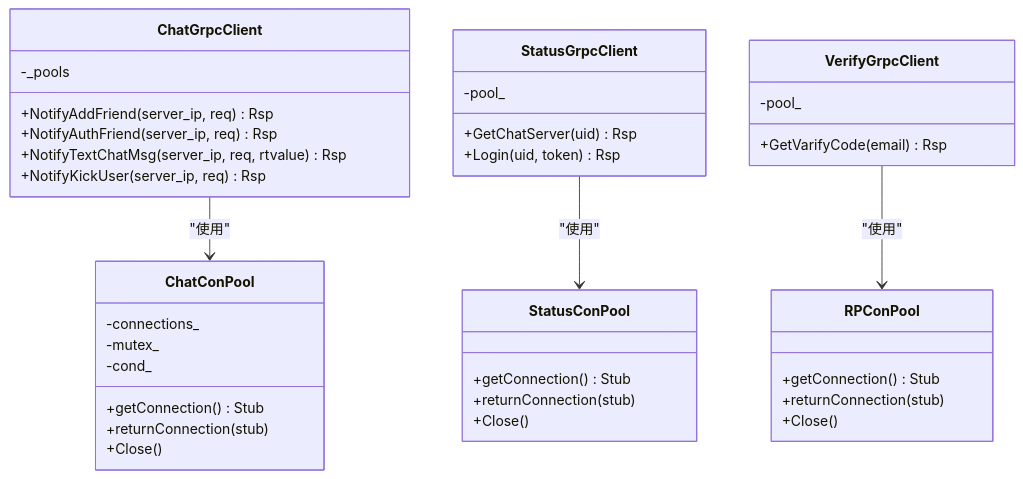
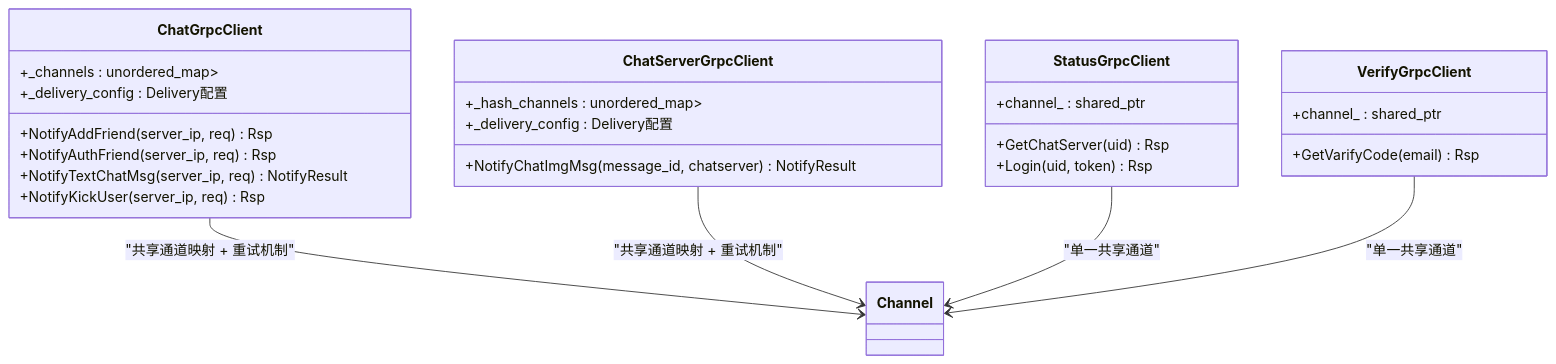
Before and after one commit to echo9923/mychatter: the sixth of 8 diagrams in .qoder/repowiki/zh/content/架构设计/微服务架构设计/服务间通信机制.md, drawn with Mermaid. The commit also changed other lines of this file and 54 other files, not shown here.

````diff
--- a/.qoder/repowiki/zh/content/架构设计/微服务架构设计/服务间通信机制.md
+++ b/.qoder/repowiki/zh/content/架构设计/微服务架构设计/服务间通信机制.md
@@ -293,40 +329,29 @@
 ```mermaid
 classDiagram
-class ChatConPool {
-+getConnection() Stub
-+returnConnection(stub)
-+Close()
--connections_
--mutex_
--cond_
-}
 class ChatGrpcClient {
++_channels : unordered_map<string, shared_ptr<Channel>>
 +NotifyAddFriend(server_ip, req) Rsp
 +NotifyAuthFriend(server_ip, req) Rsp
-+NotifyTextChatMsg(server_ip, req, rtvalue) Rsp
++NotifyTextChatMsg(server_ip, req) NotifyResult
 +NotifyKickUser(server_ip, req) Rsp
--_pools
++_delivery_config : Delivery配置
 }
-class StatusConPool {
-+getConnection() Stub
-+returnConnection(stub)
-+Close()
+class ChatServerGrpcClient {
++_hash_channels : unordered_map<string, shared_ptr<Channel>>
++NotifyChatImgMsg(message_id, chatserver) NotifyResult
++_delivery_config : Delivery配置
 }
 class StatusGrpcClient {
++channel_ : shared_ptr<Channel>
 +GetChatServer(uid) Rsp
 +Login(uid, token) Rsp
--pool_
-}
-class RPConPool {
-+getConnection() Stub
-+returnConnection(stub)
-+Close()
 }
 class VerifyGrpcClient {
++channel_ : shared_ptr<Channel>
 +GetVarifyCode(email) Rsp
--pool_
 }
-ChatGrpcClient --> ChatConPool : "使用"
-StatusGrpcClient --> StatusConPool : "使用"
-VerifyGrpcClient --> RPConPool : "使用"
+ChatGrpcClient --> Channel : "共享通道映射 + 重试机制"
+ChatServerGrpcClient --> Channel : "共享通道映射 + 重试机制"
+StatusGrpcClient --> Channel : "单一共享通道"
+VerifyGrpcClient --> Channel : "单一共享通道"
 ```
````
